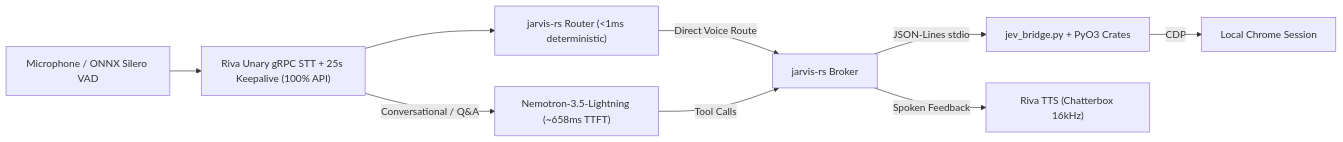
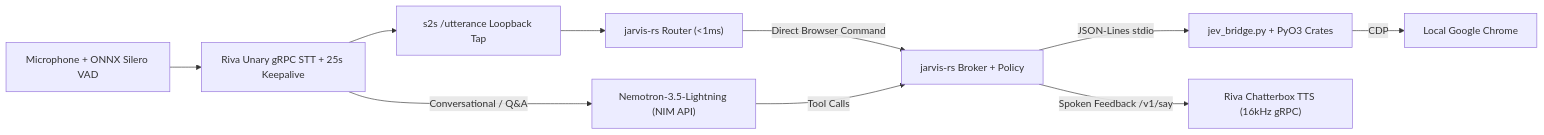
The diagram in HANDOFF.md (hackerabi2005/ai), drawn with Mermaid before and after one commit. The commit also changed other lines of this file, not shown here.

````diff
--- a/HANDOFF.md
+++ b/HANDOFF.md
@@ -12,11 +28,12 @@
 ```mermaid
 flowchart LR
-    Mic["Microphone / ONNX Silero VAD"] --> STT["Riva Unary gRPC STT + 25s Keepalive (100% API)"]
-    STT --> Router["jarvis-rs Router (<1ms deterministic)"]
-    Router -->|Direct Voice Route| Broker["jarvis-rs Broker"]
-    STT -->|Conversational / Q&A| LLM["Nemotron-3.5-Lightning (~658ms TTFT)"]
+    Mic["Microphone + ONNX Silero VAD"] --> STT["Riva Unary gRPC STT + 25s Keepalive"]
+    STT --> Tap["s2s /utterance Loopback Tap"]
+    Tap --> Router["jarvis-rs Router (<1ms)"]
+    Router -->|Direct Browser Command| Broker["jarvis-rs Broker + Policy"]
+    STT -->|Conversational / Q&A| LLM["Nemotron-3.5-Lightning (NIM API)"]
     LLM -->|Tool Calls| Broker
     Broker -->|JSON-Lines stdio| Bridge["jev_bridge.py + PyO3 Crates"]
-    Bridge -->|CDP| Chrome["Local Chrome Session"]
-    Broker -->|Spoken Feedback| TTS["Riva TTS (Chatterbox 16kHz)"]
+    Bridge -->|CDP| Chrome["Local Google Chrome"]
+    Broker -->|Spoken Feedback /v1/say| TTS["Riva Chatterbox TTS (16kHz gRPC)"]
 ```
````
